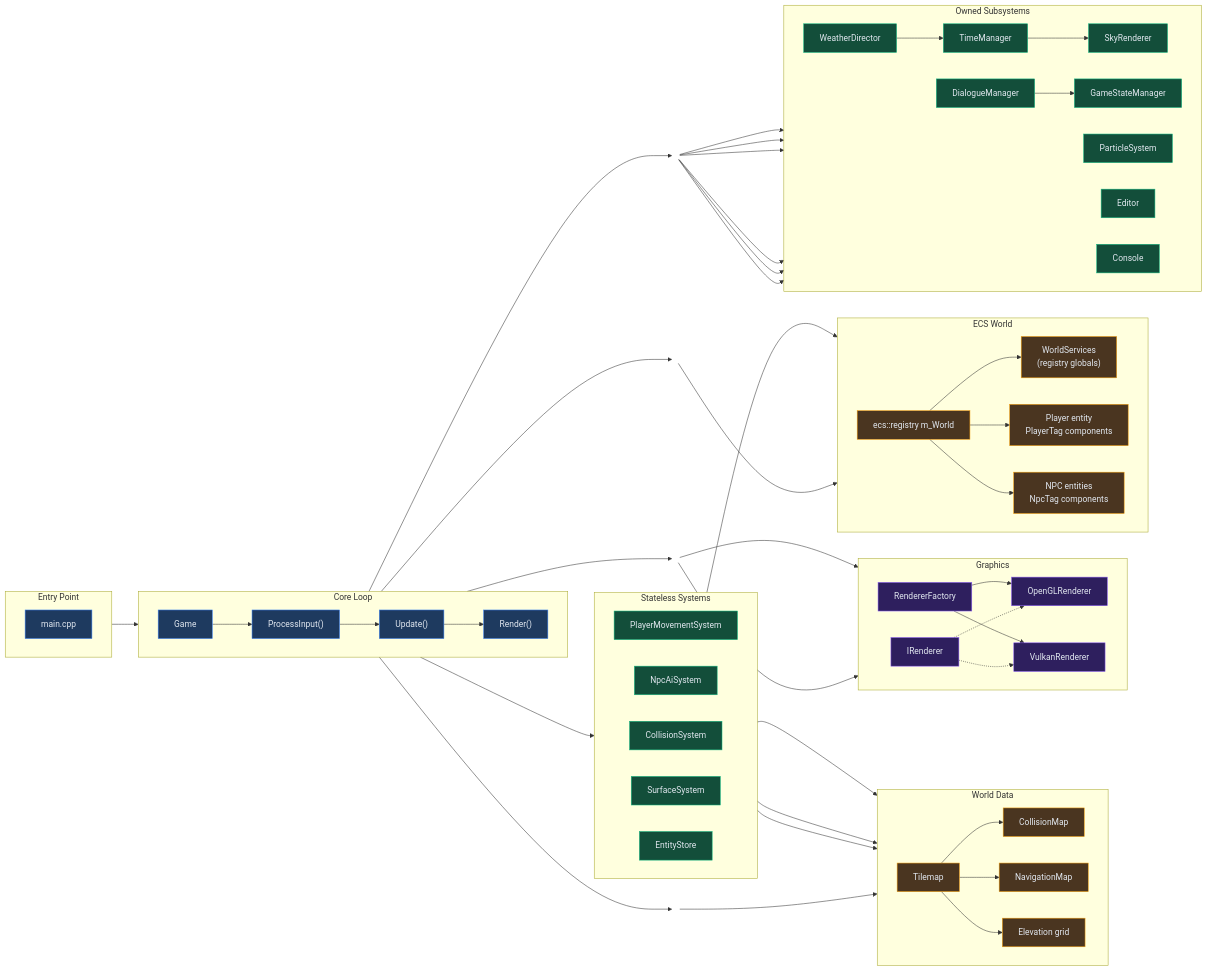
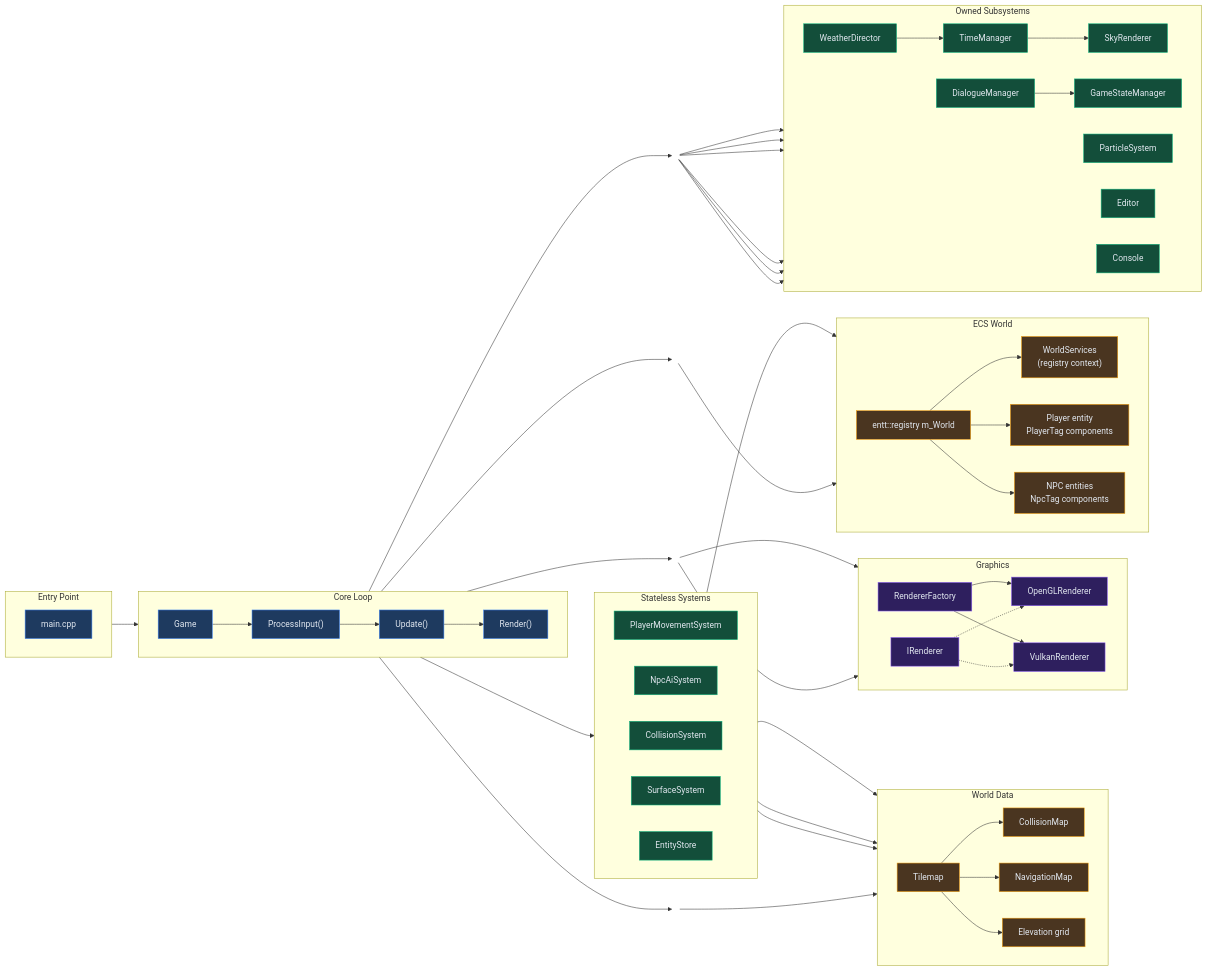
One commit to baaz777/rift changed the first of 7 diagrams in docs/ARCHITECTURE.md. Above: the diagram before and after it, drawn with Mermaid. The commit also changed other lines of this file, not shown here.

Commit message:
📝 Document EnTT registry and ctx services in architecture

```diff
--- a/docs/ARCHITECTURE.md
+++ b/docs/ARCHITECTURE.md
@@ -33,8 +33,8 @@
 
     subgraph Ecs["ECS World"]
         direction LR
-        Registry["ecs::registry m_World"]:::data
-        Services["WorldServices<br/>(registry globals)"]:::data
+        Registry["entt::registry m_World"]:::data
+        Services["WorldServices<br/>(registry context)"]:::data
         Player["Player entity<br/>PlayerTag components"]:::data
         NPC["NPC entities<br/>NpcTag components"]:::data
     end
```
